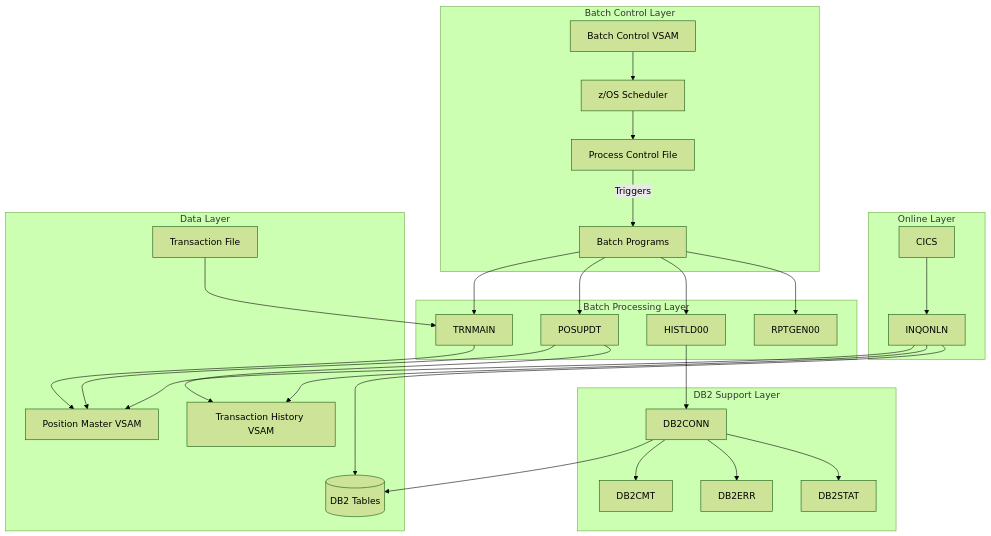
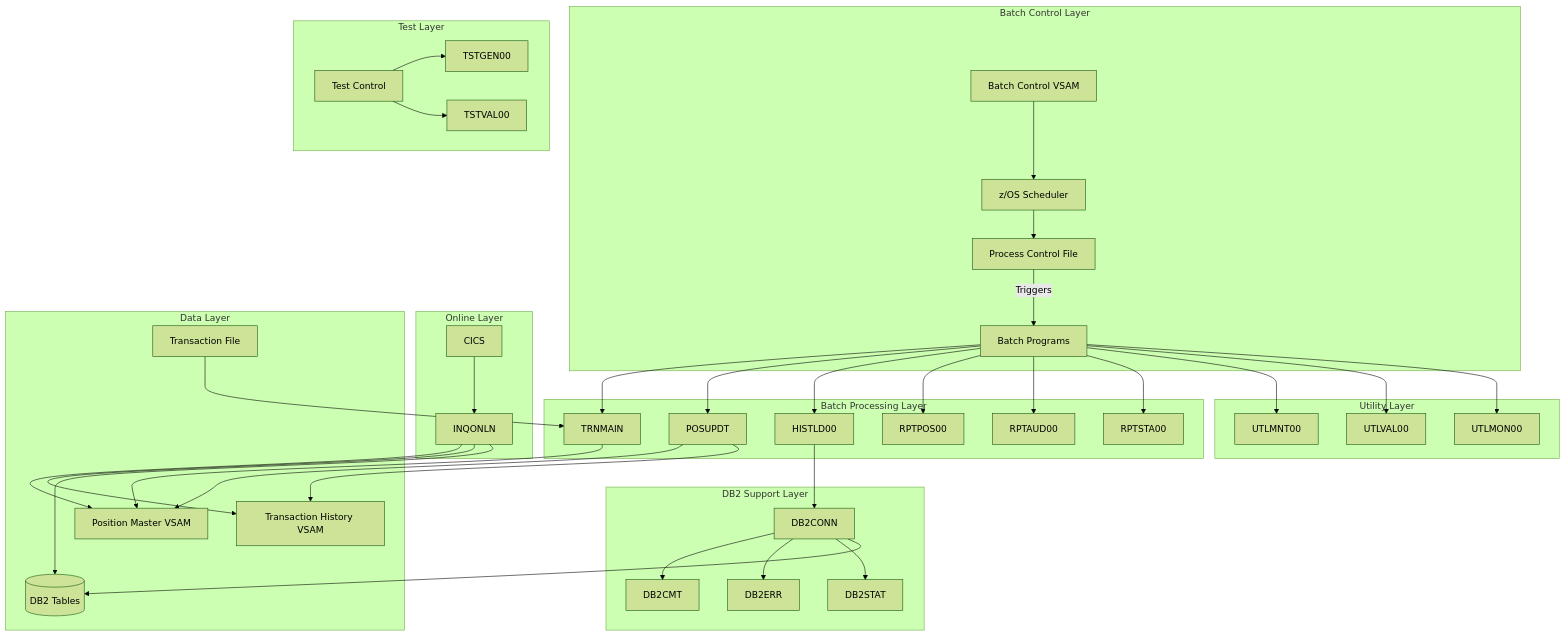
One commit to jbandu/COBOL-Legacy-Benchmark-Suite changed the first of 18 diagrams in documentation/technical/system-architecture.md. Above: the diagram before and after it, drawn with Mermaid (forest theme). The commit also changed other lines of this file and 24 other files, not shown here.

````diff
--- a/documentation/technical/system-architecture.md
+++ b/documentation/technical/system-architecture.md
@@ -23,37 +23,50 @@
 ```mermaid
 graph TB
     subgraph "Batch Control Layer"
         BC[Batch Control VSAM] --> S[z/OS Scheduler]
         S --> PRF[Process Control File]
         PRF --> |Triggers| BP[Batch Programs]
     end
 
     subgraph "Batch Processing Layer"
         BP --> TRN[TRNMAIN]
         BP --> POS[POSUPDT]
         BP --> HST[HISTLD00]
-        BP --> RPT[RPTGEN00]
+        BP --> RPP[RPTPOS00]
+        BP --> RPA[RPTAUD00]
+        BP --> RPS[RPTSTA00]
     end
 
     subgraph "DB2 Support Layer"
         DBC[DB2CONN] --> DCM[DB2CMT]
         DBC --> DER[DB2ERR]
         DBC --> DST[DB2STAT]
         HST --> DBC
     end
 
     subgraph "Online Layer"
         CIC[CICS] --> INQ[INQONLN]
     end
 
     subgraph "Data Layer"
         TF[Transaction File] --> TRN
         TRN --> PM[Position Master VSAM]
         POS --> PM
         POS --> TH[Transaction History VSAM]
         DBC --> DB[(DB2 Tables)]
         INQ --> PM
         INQ --> TH
         INQ --> DB
     end
+
+    subgraph "Utility Layer"
+        BP --> UTM[UTLMNT00]
+        BP --> UTV[UTLVAL00]
+        BP --> UTN[UTLMON00]
+    end
+
+    subgraph "Test Layer"
+        TST[Test Control] --> TGN[TSTGEN00]
+        TST --> TVL[TSTVAL00]
+    end
 ```
````
